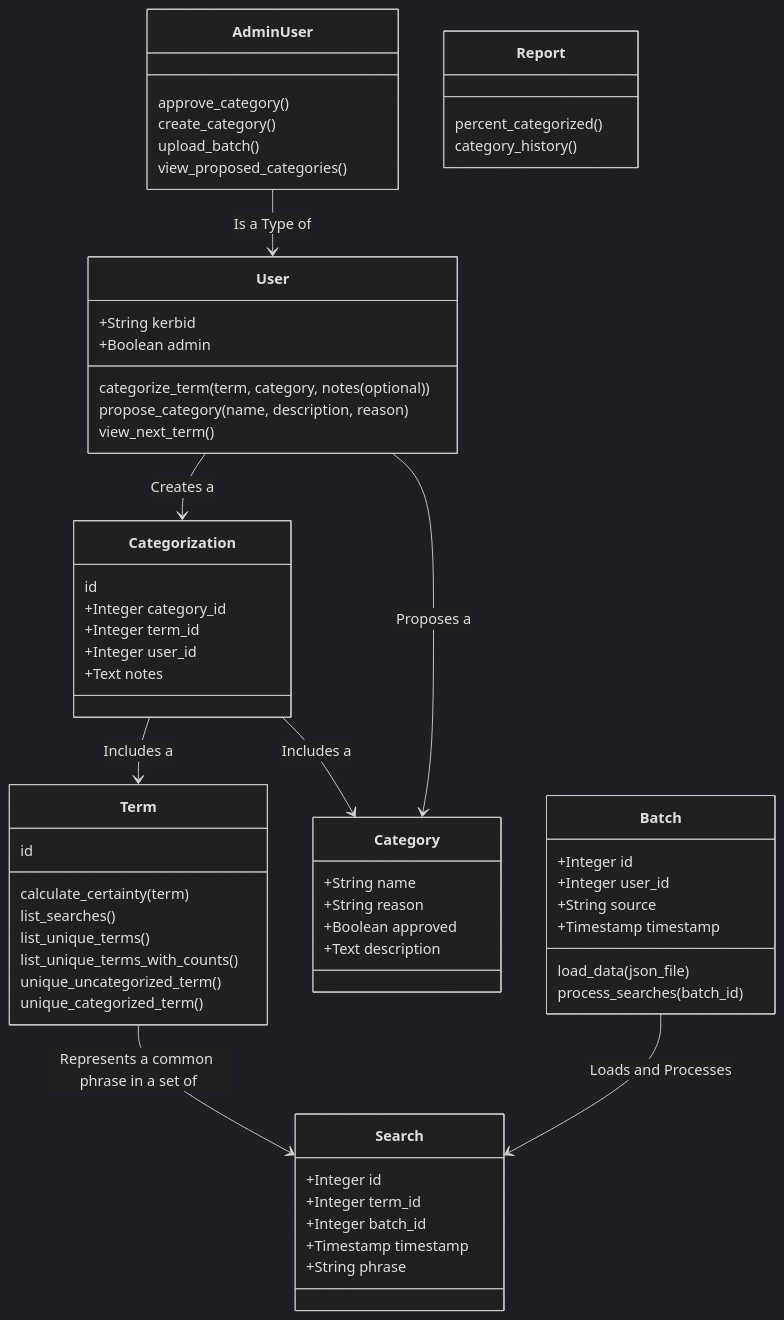
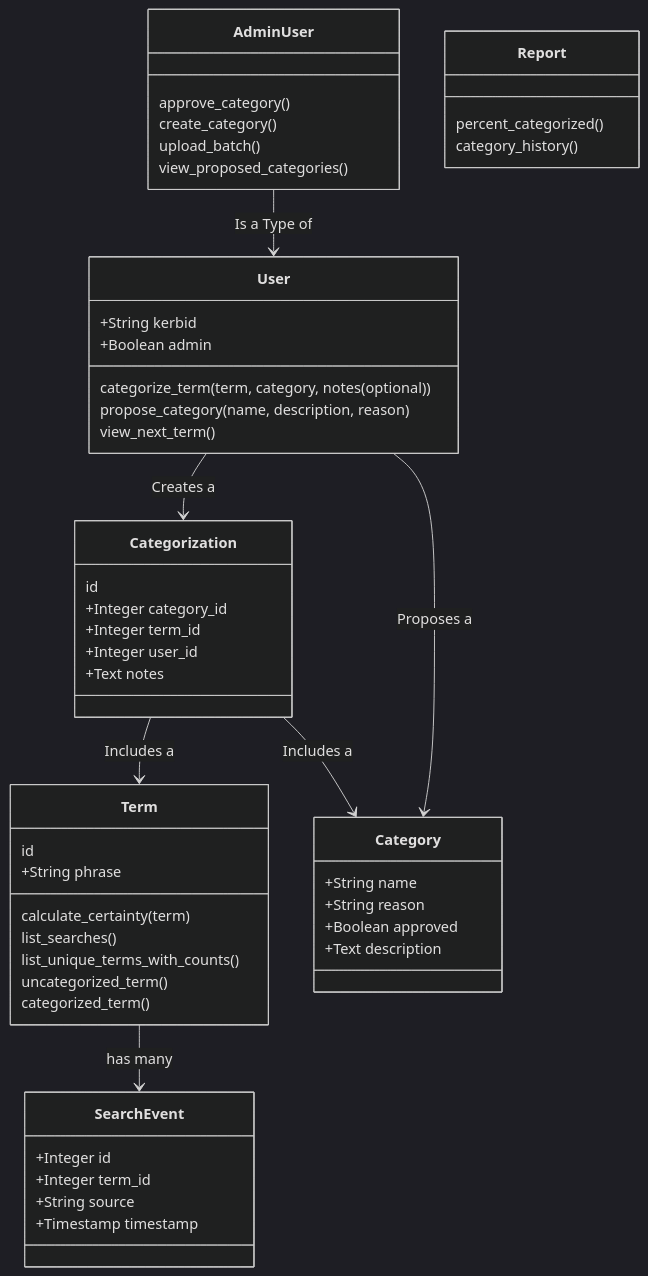
One commit to MITLibraries/tacos changed the diagram in docs/reference/classes.md. Above: the diagram before and after it, drawn with Mermaid (dark theme).

Commit message:
Updates TACOS Class diagram
Why are these changes being introduced:

* We have had discussion and made decisions that need to be reflected
  in the Class Diagram

Relevant ticket(s):

* https://mitlibraries.atlassian.net/browse/ENGX-231

How does this address that need:

* Batch Class is removed (and batch_id is removed from Search)
* Rename Search to SearchEvent
* Add source to SearchEvent
* Move search_phrase to Term
* Remove list_unique_terms() from Term
* Relationship between Term and SearchEvent is 1:many

````diff
--- a/docs/reference/classes.md
+++ b/docs/reference/classes.md
@@ -1,69 +1,57 @@
 ```mermaid
 classDiagram
   direction TB
   
   AdminUser --> User : Is a Type of
-  Term --> Search : Represents a common phrase in a set of
+  Term --> SearchEvent : has many
 
   User --> Categorization : Creates a
   User --> Category : Proposes a
-  Batch --> Search : Loads and Processes
   Categorization --> Term : Includes a
   Categorization --> Category : Includes a
 
   class Term
-    Term
     Term: id
+    Term: +String phrase
     Term: calculate_certainty(term)
     Term: list_searches()
-    Term: list_unique_terms()
     Term: list_unique_terms_with_counts()
-    Term: unique_uncategorized_term()
-    Term: unique_categorized_term()
-    Term: 
+    Term: uncategorized_term()
+    Term: categorized_term()
 
-  class Search
-    Search: +Integer id
-    Search: +Integer term_id
-    Search: +Integer batch_id
-    Search: +Timestamp timestamp
-    Search: +String phrase
+  class SearchEvent
+    SearchEvent: +Integer id
+    SearchEvent: +Integer term_id
+    SearchEvent: +String source
+    SearchEvent: +Timestamp timestamp
 
   class User
     User: +String kerbid
     User: +Boolean admin
     User: categorize_term(term, category, notes (optional))
     User: propose_category(name, description, reason)
     User: view_next_term()
   
   class AdminUser
     AdminUser: approve_category()
     AdminUser: create_category()
     AdminUser: upload_batch()
     AdminUser: view_proposed_categories()
-
-  class Batch
-    Batch: +Integer id
-    Batch: +Integer user_id
-    Batch: +String source
-    Batch: +Timestamp timestamp
-    Batch: load_data(json_file)
-    Batch: process_searches(batch_id)
 
   class Category
     Category: +String name
     Category: +String reason
     Category: +Boolean approved
     Category: +Text description
 
   class Categorization
     Categorization: id
     Categorization: +Integer category_id
     Categorization: +Integer term_id
     Categorization: +Integer user_id
     Categorization: +Text notes
 
   class Report
     Report: percent_categorized()
     Report: category_history()
 ```
````
